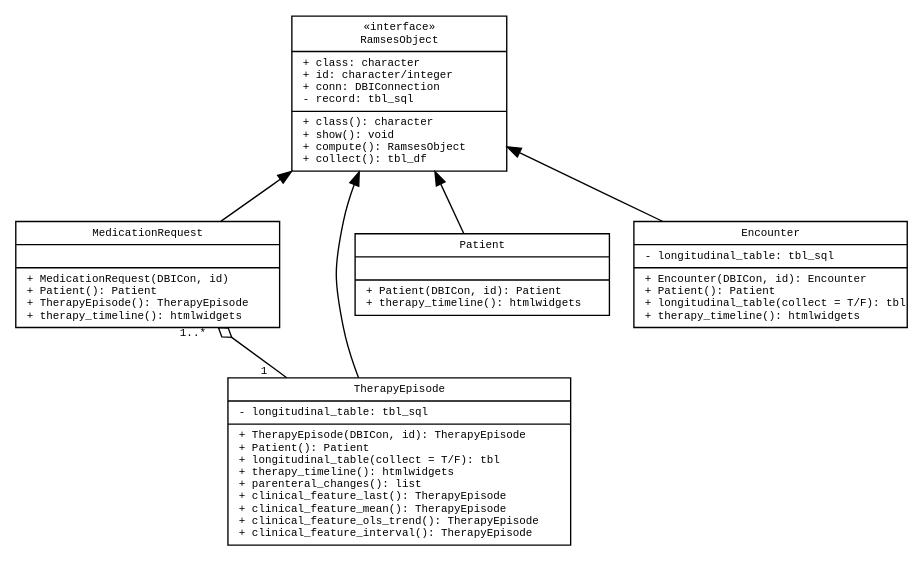
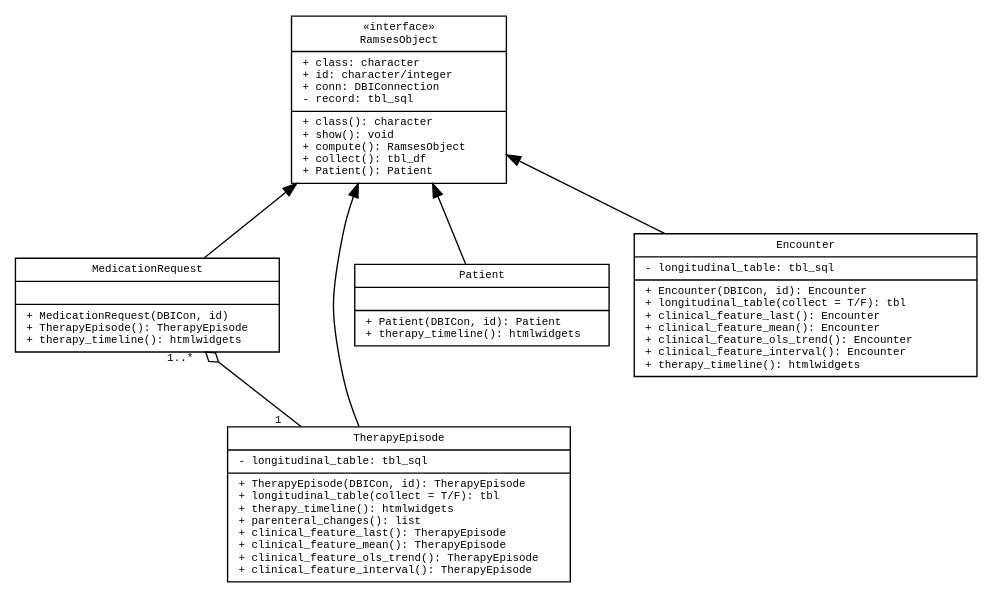
Before and after one commit to ramses-antibiotics/ramses-package: the diagram in vignettes/ramses-objects/ramses-med-class-diagram.gv, drawn with Graphviz. The commit also changed 4 other files, not shown here.

```diff
--- a/vignettes/ramses-objects/ramses-med-class-diagram.gv
+++ b/vignettes/ramses-objects/ramses-med-class-diagram.gv
@@ -1,165 +1,167 @@
 digraph G {
   
 
   node [
           fontname = "monospace"
           shape = "record"
           width = 1.5
           fontsize = 8
   ]
 
   edge [
           fontname = "monospace"
           fontsize = 8
   ]
 
 # arrowheads
 # Association open
 # Inheritance empty
 # Realisation/implementation empty + style=dashed
 # Dependency open + style=dashed
 # Aggregation odiamond
 # Composition diamond
 
 
 # Interface
 RamsesObject [
   width = 2.2
   label = "{«interface»\n
   RamsesObject|
   + class: character\l
   + id: character/integer\l
   + conn: DBIConnection\l
   - record: tbl_sql\l|
   
   + class(): character\l
   + show(): void\l
   + compute(): RamsesObject\l
-  + collect(): tbl_df\l}"
+  + collect(): tbl_df\l
+  + Patient(): Patient\l}"
 ]
 
 /*
 Prescription [
   width = 3
   label = "{Prescription|
   - prescription_type: \{\"mono\", \"combo\"\}\l
   - medication_requests\l
   + therapy_id: character\l|
   
   + Prescription(DBICon., id): Prescription\l
   + Patient(): Patient\l
   + TherapyEpisode(): TherapyEpisode\l
   + prescription_type(): \{\"mono\", \"combo\"\}\l
   + medication_requests(): list\l
   + therapy_timeline(): htmlwidgets\l}"
 ]
 
 Prescription_Mono [
   label = "{Prescription_Mono|
   - type: \"mono\"\l
   }"
 ]
 
 Prescription_Combo [
   label = "{Prescription_Combo|
   - type: \"combo\"\l
   }"
 ]
 */
 
 MedicationRequest [
   width = 2.7
   label = "{MedicationRequest|
   \l|
   
   + MedicationRequest(DBICon, id)\l
-  + Patient(): Patient\l
   + TherapyEpisode(): TherapyEpisode\l
   + therapy_timeline(): htmlwidgets\l}"
   
   # + Clinician(): Clinician\l
   #  + Prescription(): Prescription\l
 ]
 
 TherapyEpisode [
   width = 3.5
   label = "{TherapyEpisode|
   - longitudinal_table: tbl_sql\l|
   
   + TherapyEpisode(DBICon, id): TherapyEpisode\l
-  + Patient(): Patient\l
   + longitudinal_table(collect = T/F): tbl\l
   + therapy_timeline(): htmlwidgets\l
   + parenteral_changes(): list\l
   + clinical_feature_last(): TherapyEpisode\l
   + clinical_feature_mean(): TherapyEpisode\l
   + clinical_feature_ols_trend(): TherapyEpisode\l
   + clinical_feature_interval(): TherapyEpisode\l}"
 #  + medication_request(): list\l}"
 ]
 
 Patient [
   width = 2.6
   label = "{Patient|
   \l|
   + Patient(DBICon, id): Patient\l
   + therapy_timeline(): htmlwidgets\l}"
 ]
 
 Encounter [
-  width = 2.6
+  width = 3.5
   label = "{Encounter|
   - longitudinal_table: tbl_sql\l|
 
   + Encounter(DBICon, id): Encounter\l
-  + Patient(): Patient\l
   + longitudinal_table(collect = T/F): tbl\l
+  + clinical_feature_last(): Encounter\l
+  + clinical_feature_mean(): Encounter\l
+  + clinical_feature_ols_trend(): Encounter\l
+  + clinical_feature_interval(): Encounter\l
   + therapy_timeline(): htmlwidgets\l}"
 ]
 
 /*
 Clinician [
   width = 2.5
   label = "{Clinician|
   \l|
   + Clinician(DBICon, id): Clinician\l
   + get_specialty(): character\l
   + get_lead_clinician: Clinician\l}"
 ]*/
 
 
 /*RamsesObject -> Prescription [dir=back]
 Prescription -> Prescription_Mono [dir=back]
 Prescription -> Prescription_Combo [dir=back]*/
 RamsesObject -> MedicationRequest [dir=back]
 
 RamsesObject -> Patient [dir=back]
 RamsesObject -> Encounter [dir=back]
 RamsesObject -> TherapyEpisode [dir=back]
 
 TherapyEpisode -> MedicationRequest [ constraint=false
   arrowhead=odiamond
   headlabel = "1..*  "
   taillabel = "1   "]
 /*Prescription_Mono -> MedicationRequest [ constraint=false
   arrowhead=odiamond
   headlabel = "1..*       "
   taillabel = "1"]
 Prescription_Combo -> MedicationRequest [
   arrowhead=odiamond
   headlabel = "2..*    "
   taillabel = "1"]*/
 
 
 /*Patient -> Clinician [ style = invis ]; 
 TherapyEpisode -> Clinician  [ style = invis ]; */
 Patient -> TherapyEpisode  [ style = invis ]; 
 
 
 /*
 TherapyEpisode -> TherapyList [constraint=false
   arrowtail=odiamond
   headlabel = "2..*  "
   taillabel = "0..*  "]
 */  
 }
```
